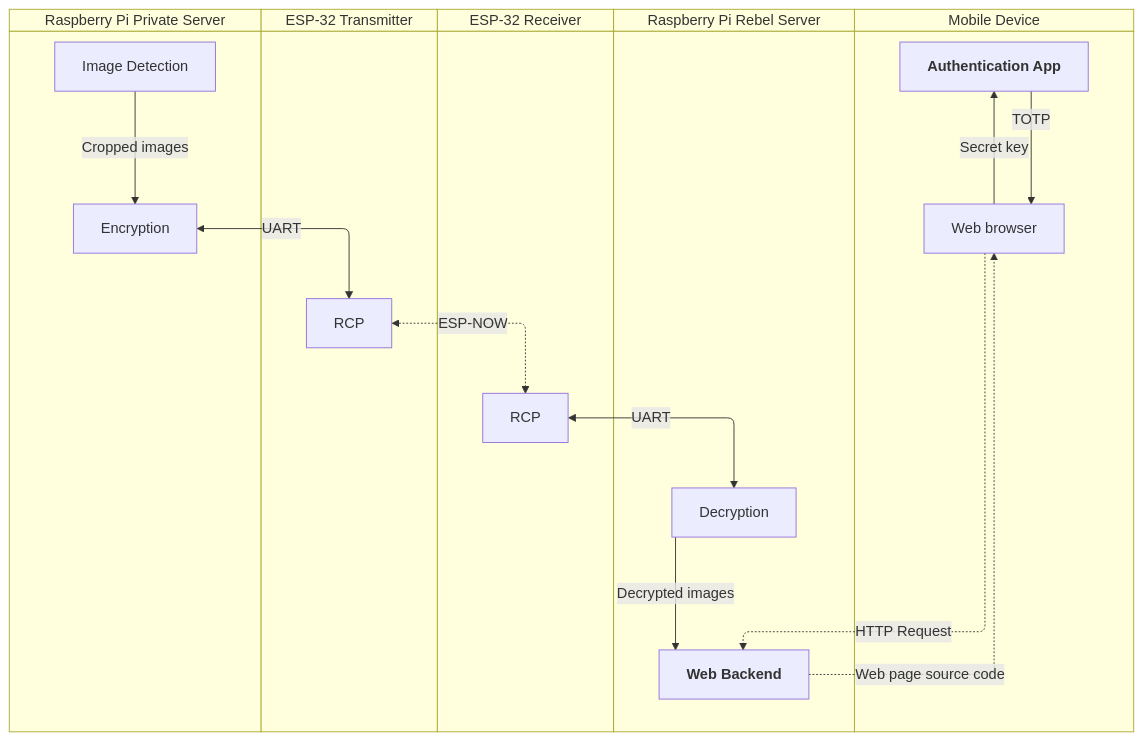
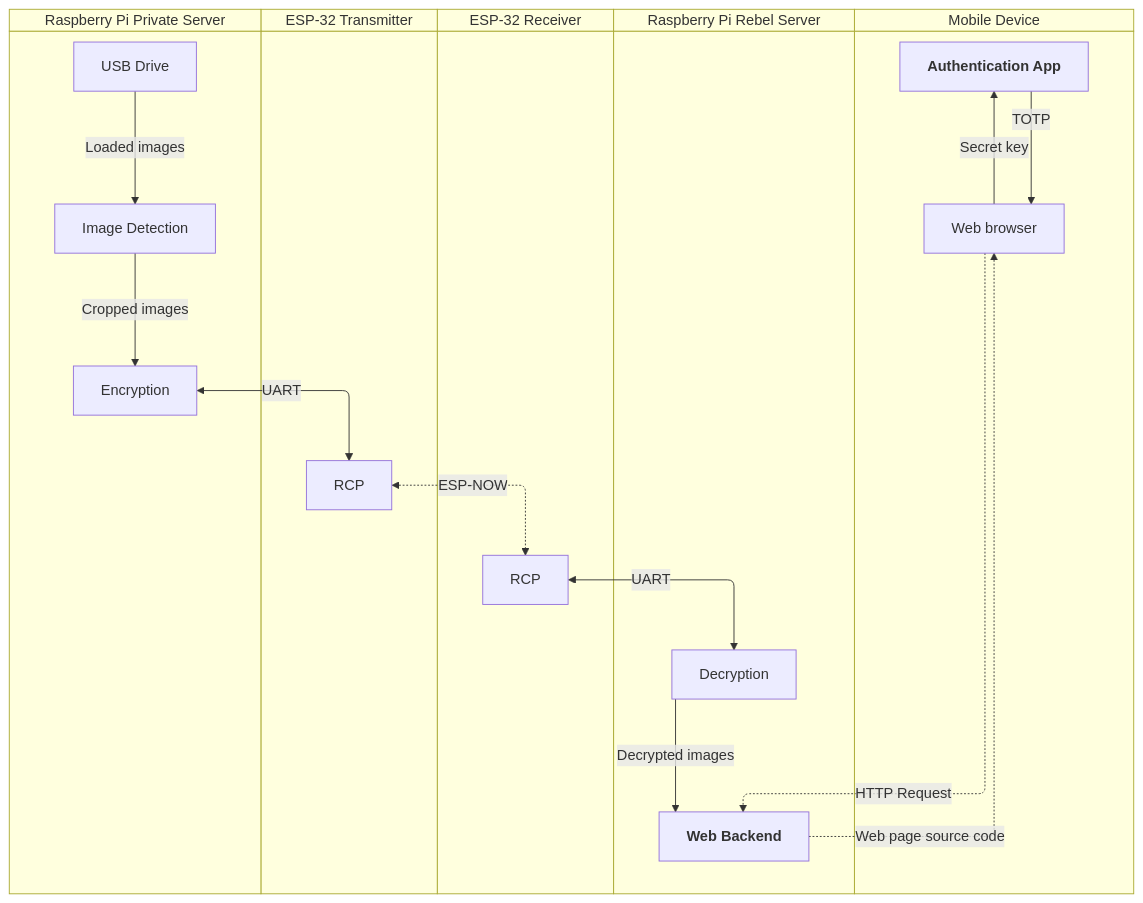
Before and after one commit to marcusgigandet/dsig: the diagram in docs/architecture/Software.md, drawn with Mermaid.

Commit message:
docs: Add USB media block to software architecture.

````diff
--- a/docs/architecture/Software.md
+++ b/docs/architecture/Software.md
@@ -3,39 +3,41 @@
 ```mermaid
 swimlane-beta TB
     subgraph Pi_1["Raspberry Pi Private Server"]
+        MEDIA["USB Drive"]
         IMAGE_DETECTION["Image Detection"]
         Encryption
-
+        
+        MEDIA -- Loaded images --> IMAGE_DETECTION
         IMAGE_DETECTION -- Cropped images --> Encryption
     end
 
     subgraph ESP_1["ESP-32 Transmitter"]
         TX["RCP"]
     end
 
     subgraph ESP_2["ESP-32 Receiver"]
         RX["RCP"]
     end
 
     subgraph Pi_2["Raspberry Pi Rebel Server"]
         Decryption
         BACKEND["`**Web Backend**`"]
 
         Decryption -- Decrypted images --> BACKEND
     end
 
     subgraph MBL["Mobile Device"]
         BROWSE["Web browser"]
         AUTH["`**Authentication App**`"]
 
         BROWSE -- Secret key --> AUTH
         AUTH -- TOTP --> BROWSE
     end
 
     Encryption <-- UART --> TX
     TX <-. ESP-NOW .-> RX
     RX <-- UART --> Decryption
 
     BACKEND -. Web page source code .-> BROWSE
     BROWSE -. HTTP Request .-> BACKEND
 ```
````
